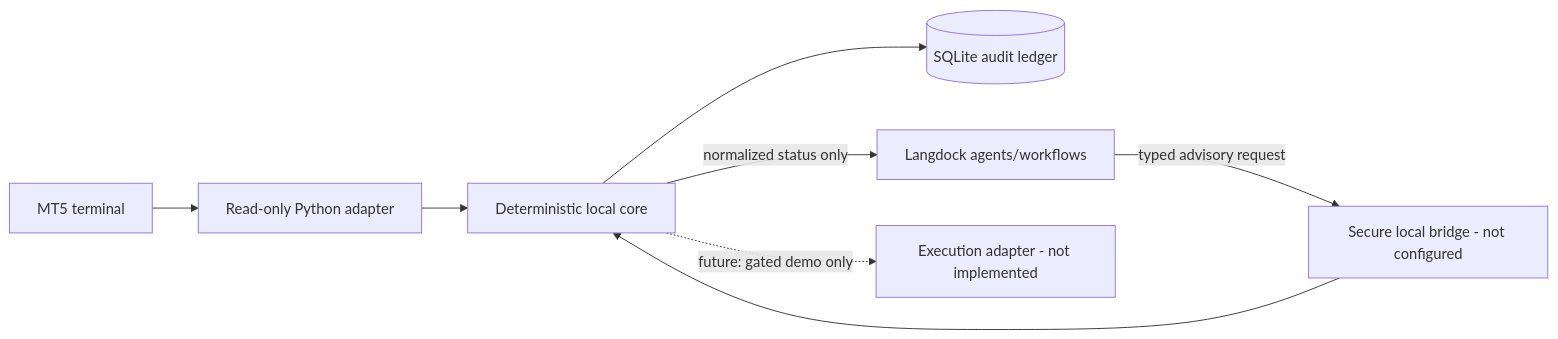
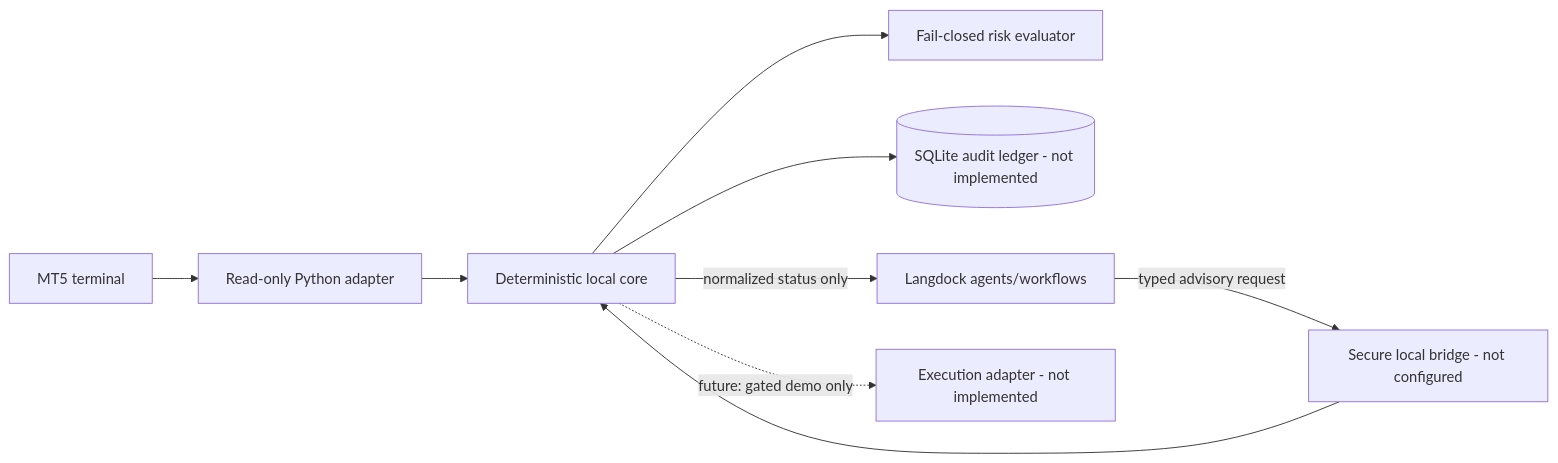
Before and after one commit to Jakeschincariol/day-trader-skill: the diagram in docs/ARCHITECTURE.md, drawn with Mermaid. The commit also changed other lines of this file, not shown here.

Commit message:
Document initial risk evaluator scope

````diff
--- a/docs/ARCHITECTURE.md
+++ b/docs/ARCHITECTURE.md
@@ -11,10 +11,11 @@
 ```mermaid
 flowchart LR
   MT5[MT5 terminal] --> RO[Read-only Python adapter]
   RO --> CORE[Deterministic local core]
-  CORE --> DB[(SQLite audit ledger)]
+  CORE --> RISK[Fail-closed risk evaluator]
+  CORE --> DB[(SQLite audit ledger - not implemented)]
   LD[Langdock agents/workflows] -->|typed advisory request| BR[Secure local bridge - not configured]
   BR --> CORE
   CORE -->|normalized status only| LD
   CORE -.future: gated demo only.-> EXEC[Execution adapter - not implemented]
 ```
````
